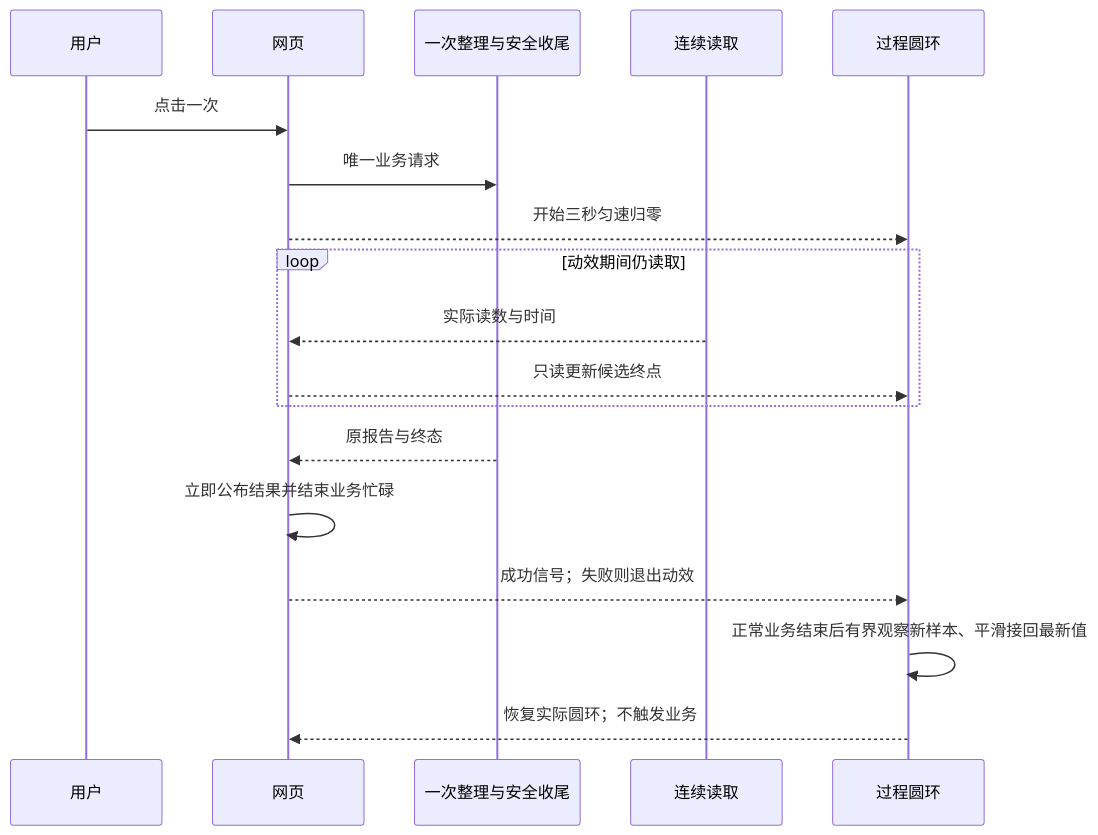
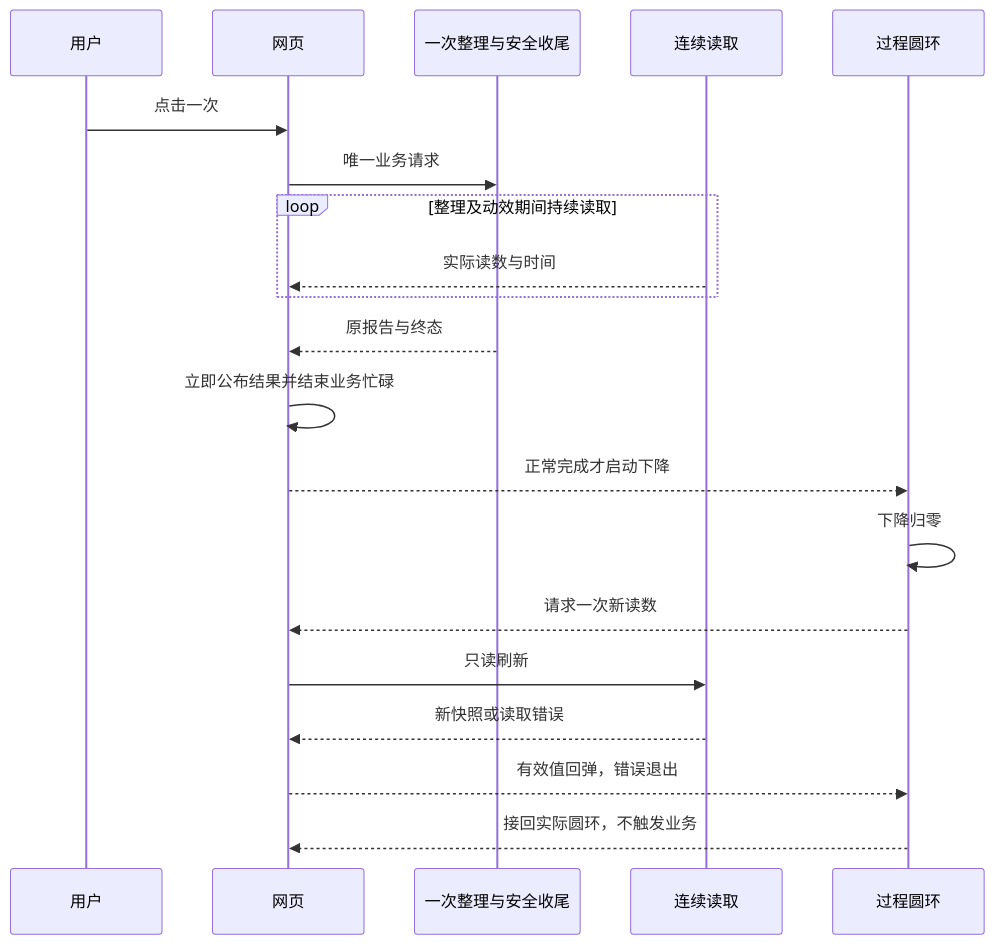
Diagram 12 of 16 in docs/架构设计 Architecture Design CPU 内存清理.md (DreamSoul-AI/cpu-memory-cleanup), drawn with Mermaid before and after one commit. The commit also changed other lines of this file and 12 other files, not shown here.

````diff
--- a/docs/架构设计 Architecture Design CPU 内存清理.md
+++ b/docs/架构设计 Architecture Design CPU 内存清理.md
@@ -510,20 +510,22 @@
 ```mermaid
 sequenceDiagram
     participant U as 用户
     participant V as 网页
     participant J as 一次整理与安全收尾
     participant O as 连续读取
     participant A as 过程圆环
     U->>V: 点击一次
     V->>J: 唯一业务请求
-    V-->>A: 开始三秒匀速归零
-    loop 动效期间仍读取
+    loop 整理及动效期间持续读取
         O-->>V: 实际读数与时间
-        V-->>A: 只读更新候选终点
     end
     J-->>V: 原报告与终态
     V->>V: 立即公布结果并结束业务忙碌
-    V-->>A: 成功信号；失败则退出动效
-    A->>A: 正常业务结束后有界观察新样本、平滑接回最新值
-    A-->>V: 恢复实际圆环；不触发业务
+    V-->>A: 正常完成才启动下降
+    A->>A: 下降归零
+    A-->>V: 请求一次新读数
+    V->>O: 只读刷新
+    O-->>V: 新快照或读取错误
+    V-->>A: 有效值回弹，错误退出
+    A-->>V: 接回实际圆环，不触发业务
 ```
````
